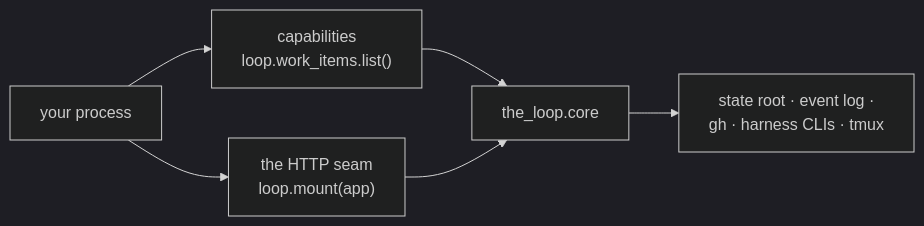
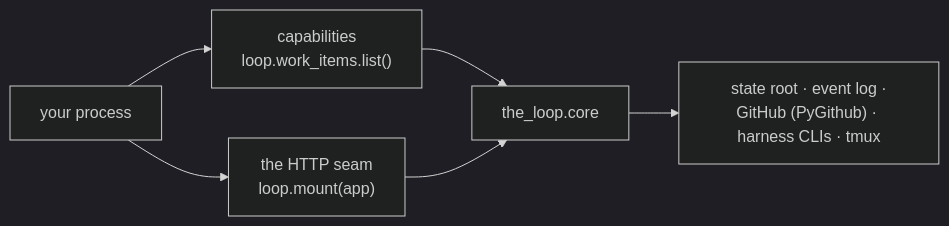
The diagram in docs/sdk/index.md (MadaraUchiha-314/the-loop), drawn with Mermaid (dark theme) before and after one commit. The commit also changed other lines of this file and 139 other files, not shown here.

````diff
--- a/docs/sdk/index.md
+++ b/docs/sdk/index.md
@@ -44,8 +44,8 @@
 ```mermaid
 graph LR
   YOU["your process"] --> CAP["capabilities<br/>loop.work_items.list()"]
   YOU --> HTTP["the HTTP seam<br/>loop.mount(app)"]
   CAP --> CORE["the_loop.core"]
   HTTP --> CORE
-  CORE --> STATE["state root · event log ·<br/>gh · harness CLIs · tmux"]
+  CORE --> STATE["state root · event log ·<br/>GitHub (PyGithub) · harness CLIs · tmux"]
 ```
````
